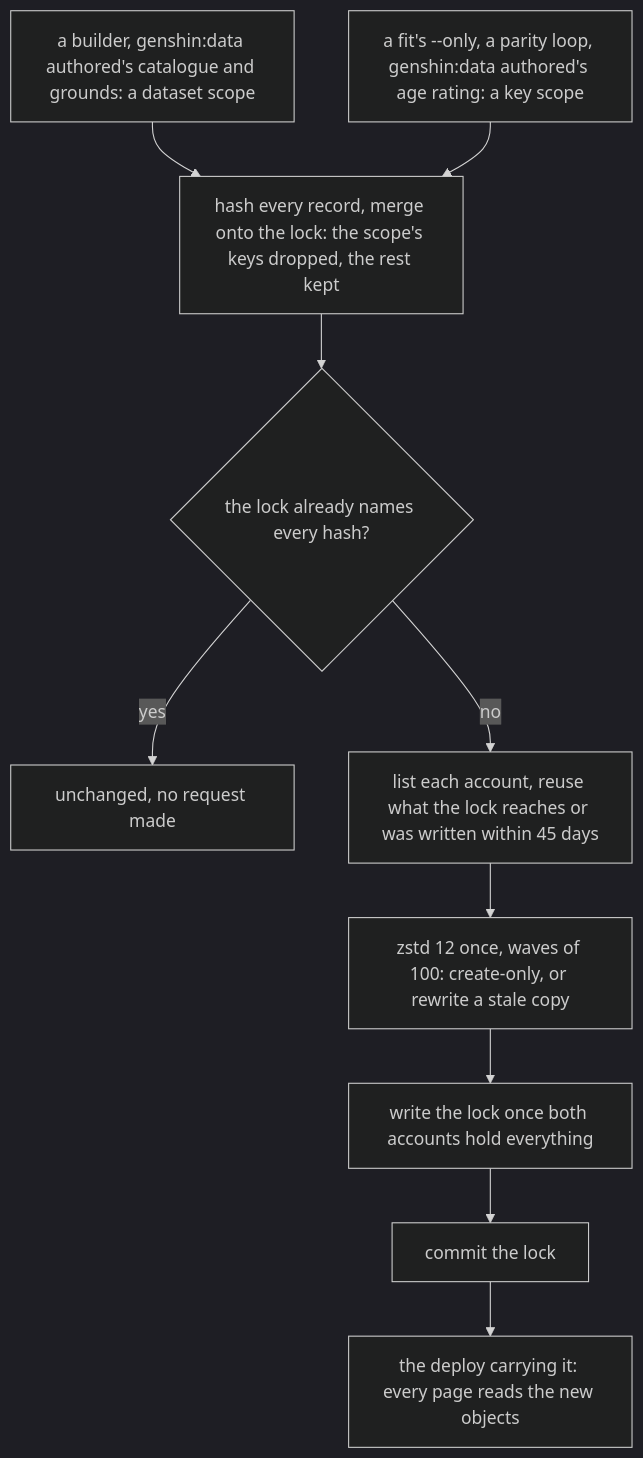
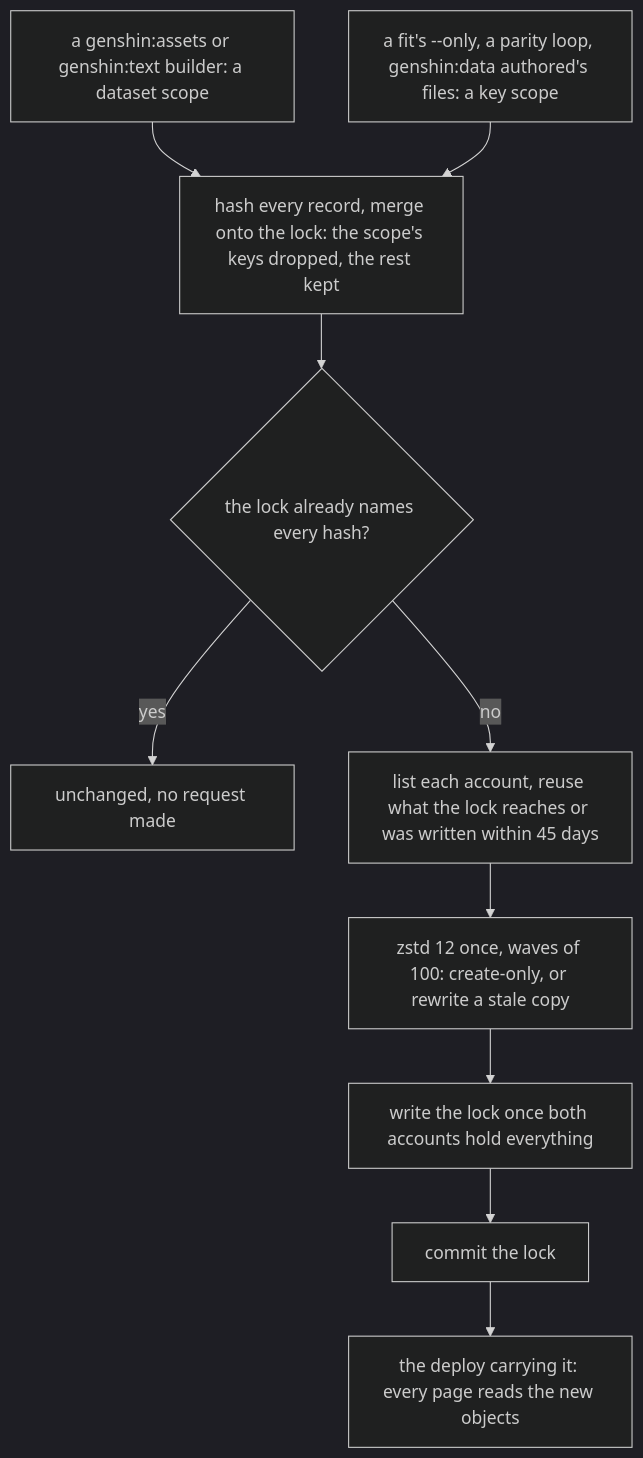
Before and after one commit to Esposter/Esposter: the third of 5 diagrams in apps/web/content/docs/genshin/hosted-game-data.md, drawn with Mermaid (dark theme). The commit also changed other lines of this file and 33 other files, not shown here.

````diff
--- a/apps/web/content/docs/genshin/hosted-game-data.md
+++ b/apps/web/content/docs/genshin/hosted-game-data.md
@@ -144,12 +144,12 @@
 ```mermaid
 flowchart TD
-  Dataset["a builder, genshin:data authored's catalogue and grounds: a dataset scope"] --> Plan
-  Key["a fit's --only, a parity loop, genshin:data authored's age rating: a key scope"] --> Plan
+  Dataset["a genshin:assets or genshin:text builder: a dataset scope"] --> Plan
+  Key["a fit's --only, a parity loop, genshin:data authored's files: a key scope"] --> Plan
   Plan["hash every record, merge onto the lock: the scope's keys dropped, the rest kept"] --> Same{"the lock already names every hash?"}
   Same -->|yes| Skip["unchanged, no request made"]
   Same -->|no| Reach["list each account, reuse what the lock reaches or was written within 45 days"]
   Reach --> Upload["zstd 12 once, waves of 100: create-only, or rewrite a stale copy"]
   Upload --> Write["write the lock once both accounts hold everything"]
   Write --> Commit["commit the lock"]
   Commit --> Deploy["the deploy carrying it: every page reads the new objects"]
 ```
````
